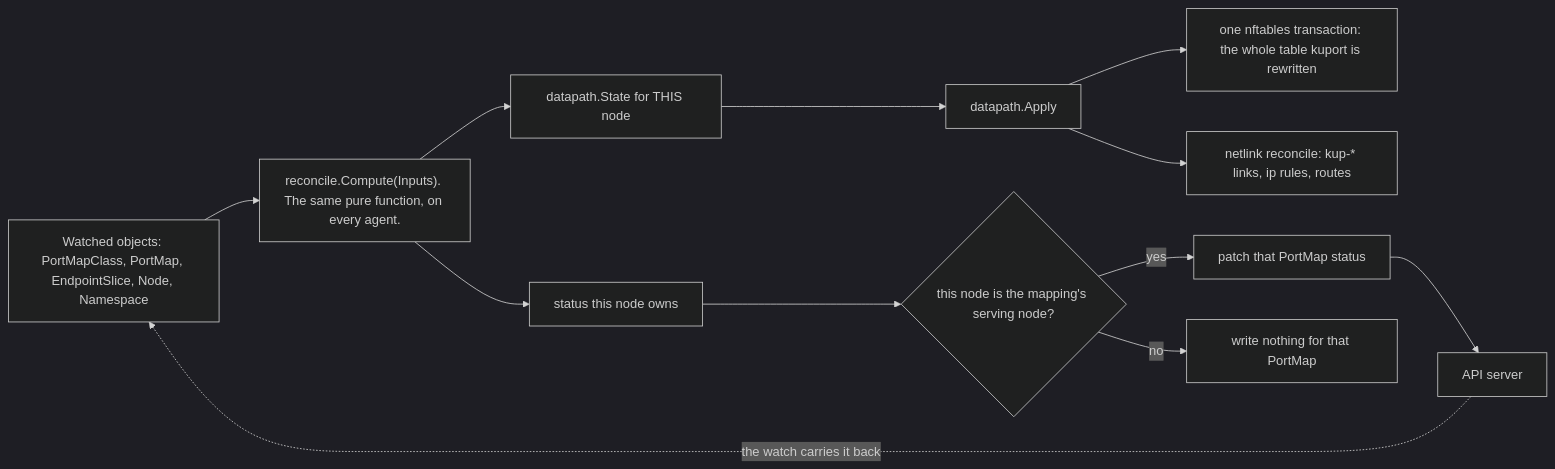
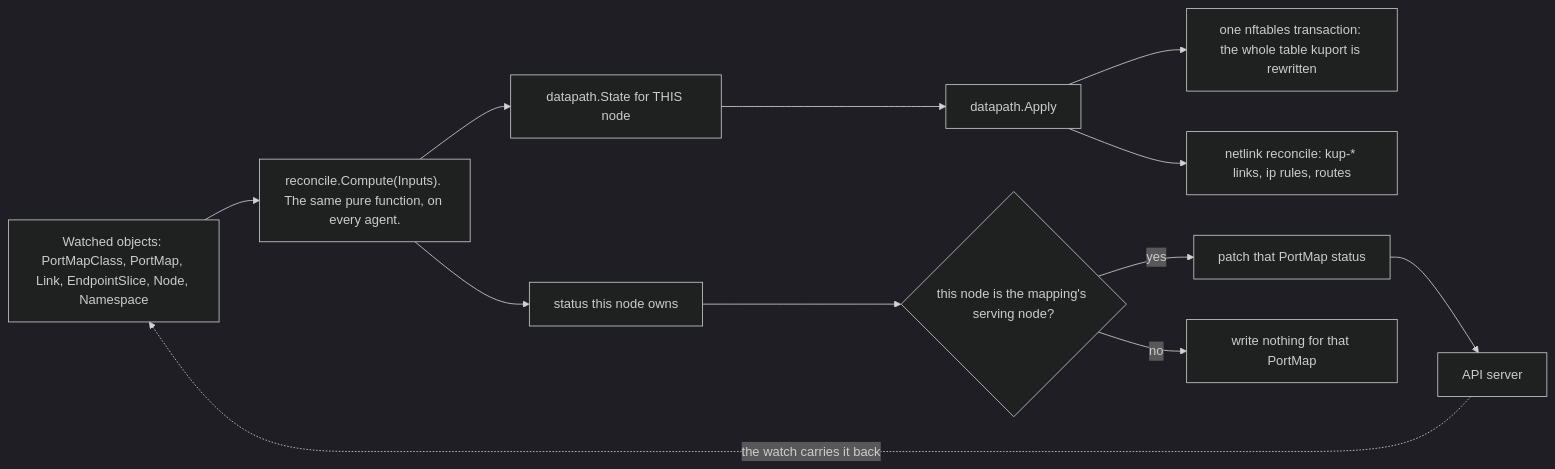
Before and after one commit to walzen-group/kuport: the first of 2 diagrams in docs/architecture.md, drawn with Mermaid (dark theme). The commit also changed other lines of this file and 9 other files, not shown here.

First line of the commit message:
docs: links come from a cluster-wide pool of Link objects

````diff
--- a/docs/architecture.md
+++ b/docs/architecture.md
@@ -16,14 +16,14 @@
 ```mermaid
 flowchart LR
-    W["Watched objects: PortMapClass, PortMap, EndpointSlice, Node, Namespace"] --> C["reconcile.Compute(Inputs). The same pure function, on every agent."]
+    W["Watched objects: PortMapClass, PortMap, Link, EndpointSlice, Node, Namespace"] --> C["reconcile.Compute(Inputs). The same pure function, on every agent."]
     C --> ST["datapath.State for THIS node"]
     C --> SU["status this node owns"]
     ST --> AP["datapath.Apply"]
     AP --> NFT["one nftables transaction: the whole table kuport is rewritten"]
     AP --> NL["netlink reconcile: kup-* links, ip rules, routes"]
     SU --> OWN{"this node is the mapping's serving node?"}
     OWN -- yes --> PW["patch that PortMap status"]
     OWN -- no --> SKIP["write nothing for that PortMap"]
     PW --> API["API server"]
     API -. "the watch carries it back" .-> W
 ```
````
